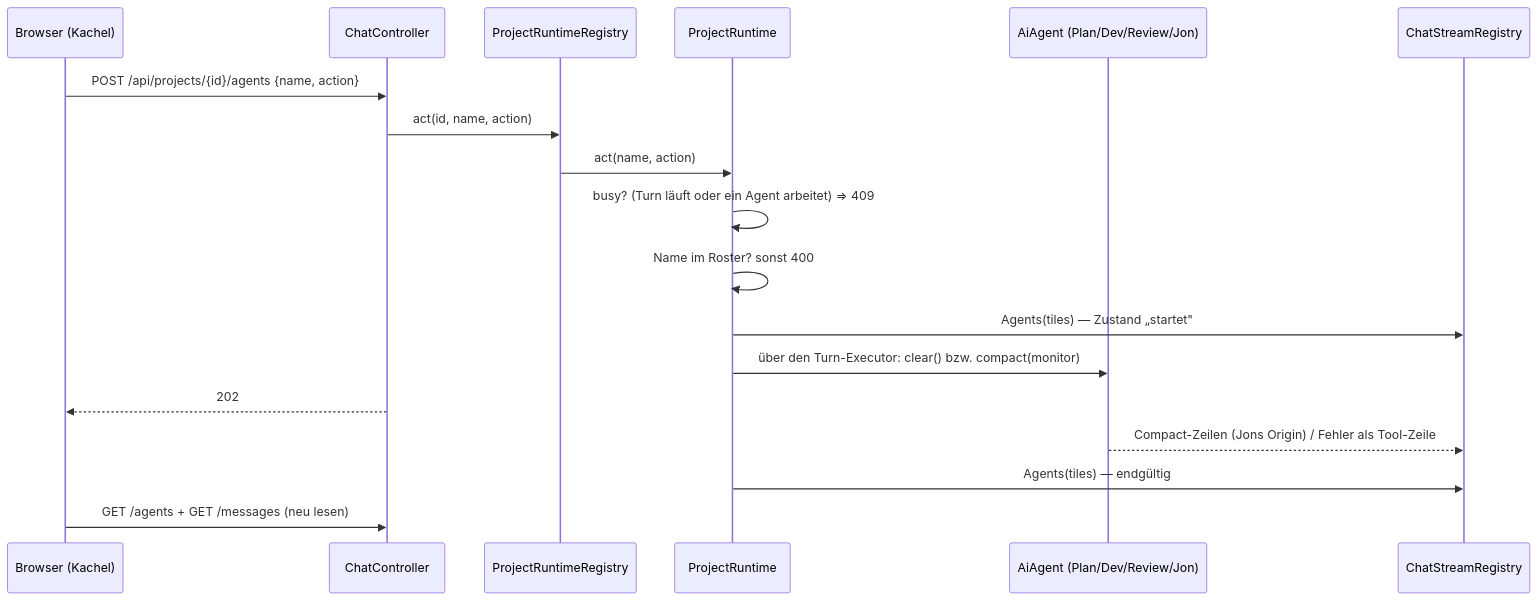
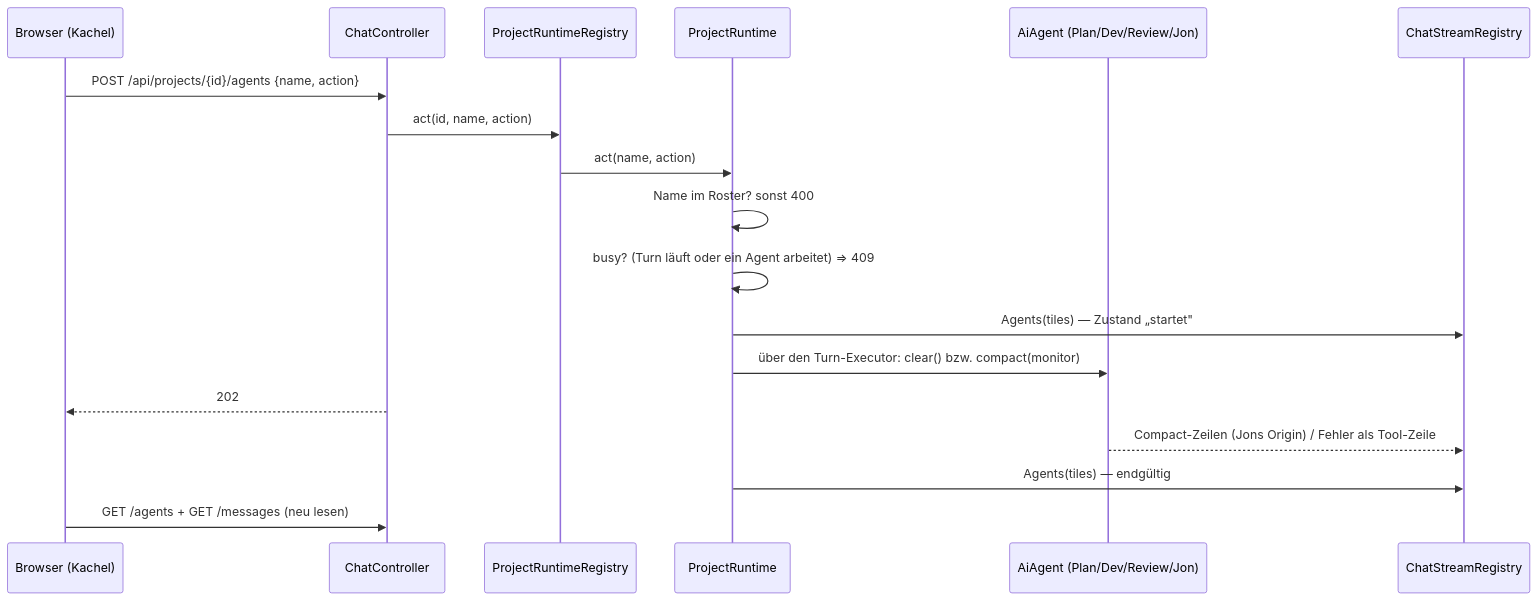
The fifth of 6 diagrams in aifactory/docs/aifactory-architektur.md (sterlp/eclipse-peon-ai), drawn with Mermaid before and after one commit. The commit also changed other lines of this file and 5 other files, not shown here.

````diff
--- a/aifactory/docs/aifactory-architektur.md
+++ b/aifactory/docs/aifactory-architektur.md
@@ -154,20 +154,20 @@
 ```mermaid
 sequenceDiagram
   participant U as Browser (Kachel)
   participant C as ChatController
   participant R as ProjectRuntimeRegistry
   participant P as ProjectRuntime
   participant A as AiAgent (Plan/Dev/Review/Jon)
   participant S as ChatStreamRegistry
   U->>C: POST /api/projects/{id}/agents {name, action}
   C->>R: act(id, name, action)
   R->>P: act(name, action)
+  P->>P: Name im Roster? sonst 400
   P->>P: busy? (Turn läuft oder ein Agent arbeitet) ⇒ 409
-  P->>P: Name im Roster? sonst 400
   P->>S: Agents(tiles) — Zustand „startet"
   P->>A: über den Turn-Executor: clear() bzw. compact(monitor)
   C-->>U: 202
   A-->>S: Compact-Zeilen (Jons Origin) / Fehler als Tool-Zeile
   P->>S: Agents(tiles) — endgültig
   U->>C: GET /agents + GET /messages (neu lesen)
 ```
````
